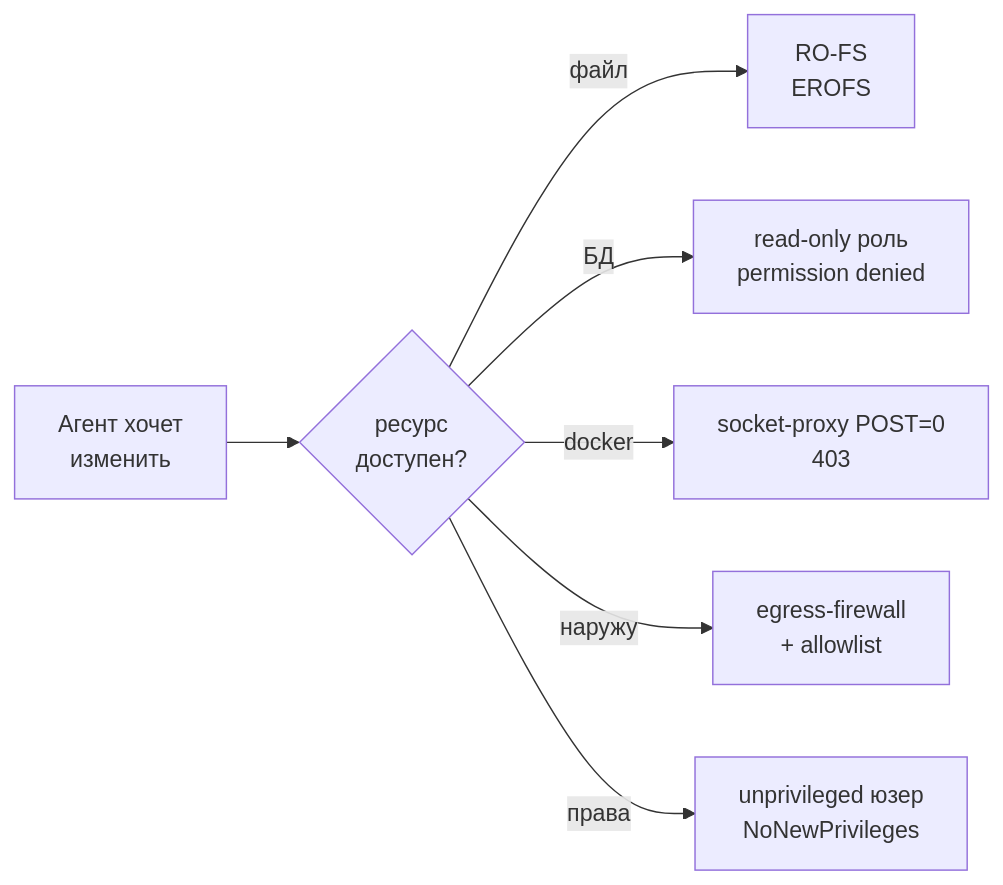
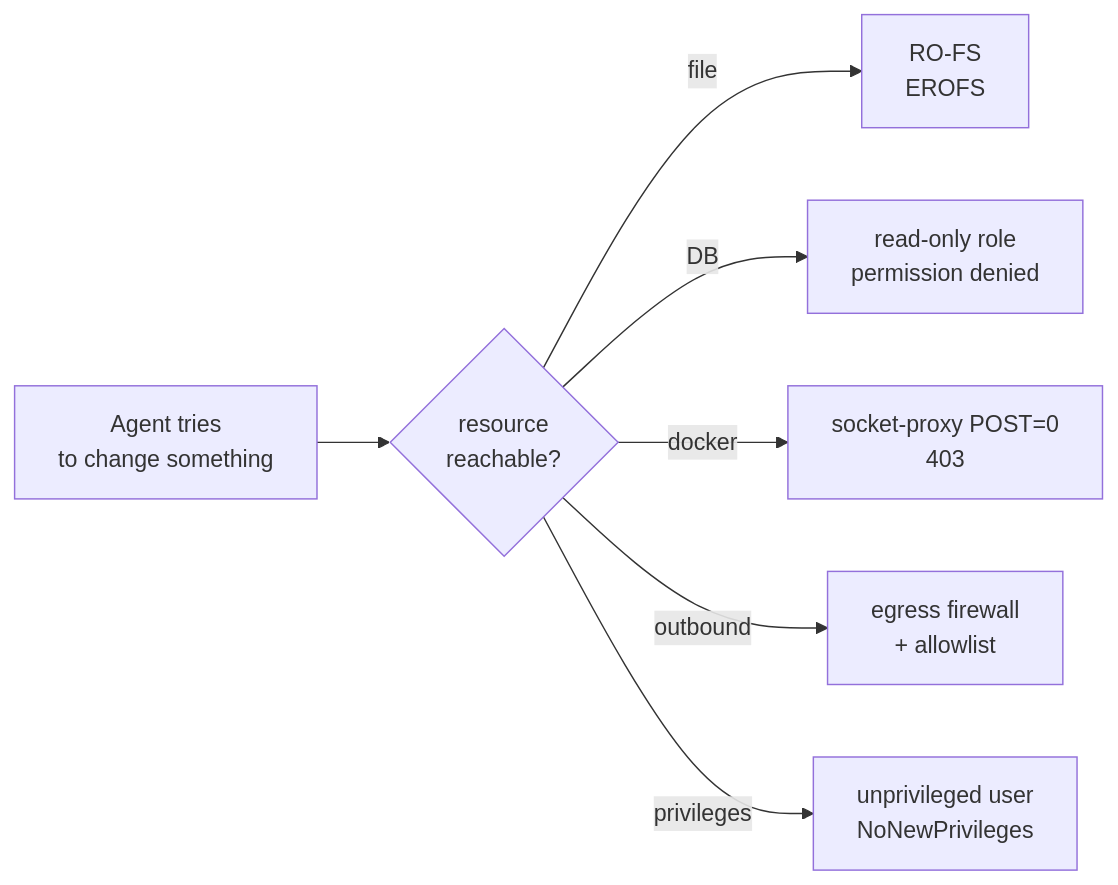
Before and after one commit to redmadrobot-rnd/very-ai-framework: the second of 3 diagrams in srv_explore/README.md, drawn with Mermaid. The commit also changed other lines of this file and 4 other files, not shown here.

````diff
--- a/srv_explore/README.md
+++ b/srv_explore/README.md
@@ -217,9 +215,9 @@
 ```mermaid
 flowchart LR
-  A["Агент хочет<br/>изменить"] --> F{"ресурс<br/>доступен?"}
-  F -->|"файл"| X1["RO-FS<br/>EROFS"]
-  F -->|"БД"| X2["read-only роль<br/>permission denied"]
-  F -->|"docker"| X3["socket-proxy POST=0<br/>403"]
-  F -->|"наружу"| X4["egress-firewall<br/>+ allowlist"]
-  F -->|"права"| X5["unprivileged юзер<br/>NoNewPrivileges"]
+  A["Agent tries<br/>to change something"] --> F{"resource<br/>reachable?"}
+  F -->|file| X1["RO-FS<br/>EROFS"]
+  F -->|DB| X2["read-only role<br/>permission denied"]
+  F -->|docker| X3["socket-proxy POST=0<br/>403"]
+  F -->|outbound| X4["egress firewall<br/>+ allowlist"]
+  F -->|privileges| X5["unprivileged user<br/>NoNewPrivileges"]
 ```
````
